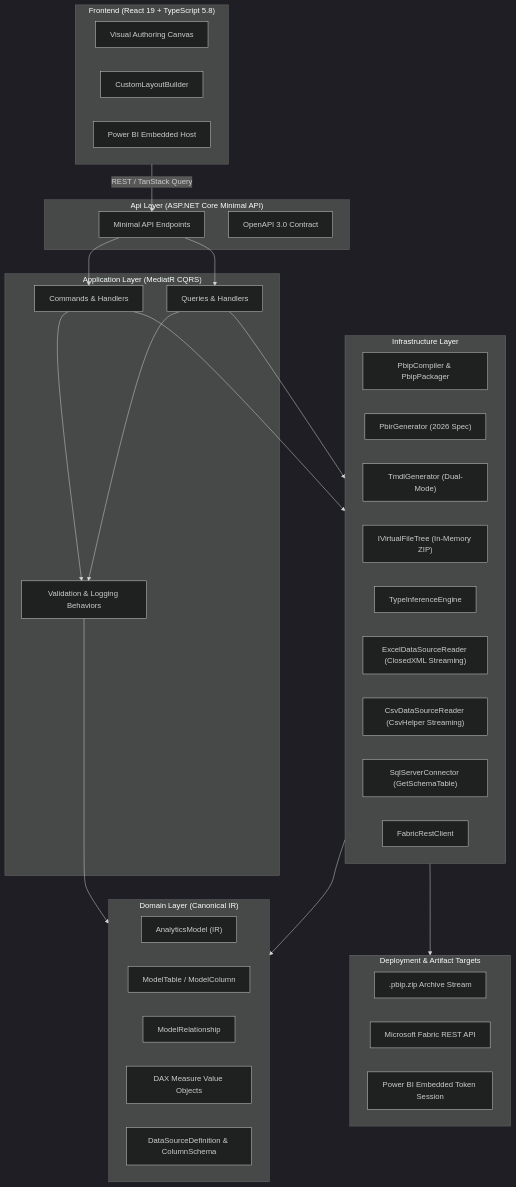
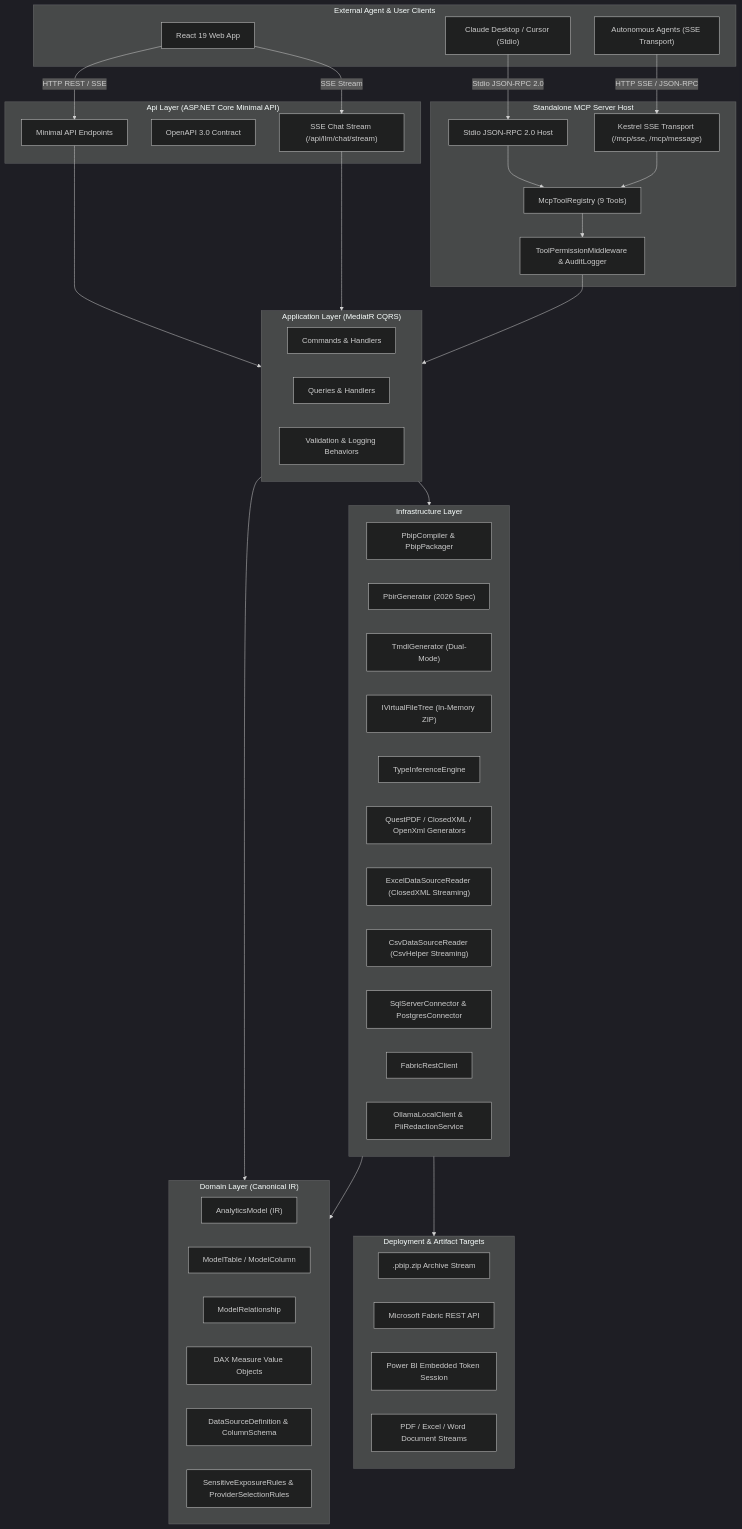
The diagram in README.md (RaymundGerardReyes/PowerBIIntegrator), drawn with Mermaid (dark theme) before and after one commit. The commit also changed other lines of this file and 129 other files, not shown here.

Commit message:
feat(mcp): implement standalone McpServer with dual transports (stdio/sse), 9 tool adapters, and stream endpoints

````diff
--- a/README.md
+++ b/README.md
@@ -38,53 +41,74 @@
 ```mermaid
 graph TD
-    subgraph UI ["Frontend (React 19 + TypeScript 5.8)"]
-        Canvas["Visual Authoring Canvas"]
-        LayoutEditor["CustomLayoutBuilder"]
-        EmbedHost["Power BI Embedded Host"]
+    subgraph CLIENTS ["External Agent & User Clients"]
+        WebBrowser["React 19 Web App"]
+        ClaudeDesktop["Claude Desktop / Cursor (Stdio)"]
+        AiAgents["Autonomous Agents (SSE Transport)"]
     end
 
     subgraph API ["Api Layer (ASP.NET Core Minimal API)"]
         Endpoints["Minimal API Endpoints"]
         OpenApiContract["OpenAPI 3.0 Contract"]
+        LlmStream["SSE Chat Stream (/api/llm/chat/stream)"]
+    end
+
+    subgraph MCP ["Standalone MCP Server Host"]
+        StdioHost["Stdio JSON-RPC 2.0 Host"]
+        SseHost["Kestrel SSE Transport (/mcp/sse, /mcp/message)"]
+        ToolRegistry["McpToolRegistry (9 Tools)"]
+        PermissionMiddleware["ToolPermissionMiddleware & AuditLogger"]
     end
 
     subgraph APP ["Application Layer (MediatR CQRS)"]
         Commands["Commands & Handlers"]
         Queries["Queries & Handlers"]
         Behaviors["Validation & Logging Behaviors"]
     end
 
     subgraph DOMAIN ["Domain Layer (Canonical IR)"]
         AnalyticsModel["AnalyticsModel (IR)"]
         TabularModel["ModelTable / ModelColumn"]
         Relationships["ModelRelationship"]
         Measures["DAX Measure Value Objects"]
         DataSourceDef["DataSourceDefinition & ColumnSchema"]
+        LlmRules["SensitiveExposureRules & ProviderSelectionRules"]
     end
 
     subgraph INFRA ["Infrastructure Layer"]
         Compiler["PbipCompiler & PbipPackager"]
         PbirGen["PbirGenerator (2026 Spec)"]
         TmdlGen["TmdlGenerator (Dual-Mode)"]
         VTree["IVirtualFileTree (In-Memory ZIP)"]
         TypeEngine["TypeInferenceEngine"]
+        DocGenerators["QuestPDF / ClosedXML / OpenXml Generators"]
         ExcelReader["ExcelDataSourceReader (ClosedXML Streaming)"]
         CsvReader["CsvDataSourceReader (CsvHelper Streaming)"]
-        SqlConnector["SqlServerConnector (GetSchemaTable)"]
+        SqlConnector["SqlServerConnector & PostgresConnector"]
         FabricClient["FabricRestClient"]
+        OllamaClient["OllamaLocalClient & PiiRedactionService"]
     end
 
     subgraph TARGETS ["Deployment & Artifact Targets"]
         ZipDownload[".pbip.zip Archive Stream"]
         FabricWorkspace["Microsoft Fabric REST API"]
         EmbedSession["Power BI Embedded Token Session"]
+        ExportedDocs["PDF / Excel / Word Document Streams"]
     end
 
-    UI -->|REST / TanStack Query| Endpoints
-    Endpoints --> Commands & Queries
-    Commands & Queries --> Behaviors
-    Behaviors --> DOMAIN
-    Commands & Queries --> INFRA
+    WebBrowser -->|HTTP REST / SSE| Endpoints
+    WebBrowser -->|SSE Stream| LlmStream
+    ClaudeDesktop -->|Stdio JSON-RPC 2.0| StdioHost
+    AiAgents -->|HTTP SSE / JSON-RPC| SseHost
+
+    Endpoints --> APP
+    LlmStream --> APP
+    StdioHost --> ToolRegistry
+    SseHost --> ToolRegistry
+    ToolRegistry --> PermissionMiddleware
+    PermissionMiddleware --> APP
+
+    APP --> DOMAIN
+    APP --> INFRA
     INFRA --> DOMAIN
     INFRA --> TARGETS
 ```
````
